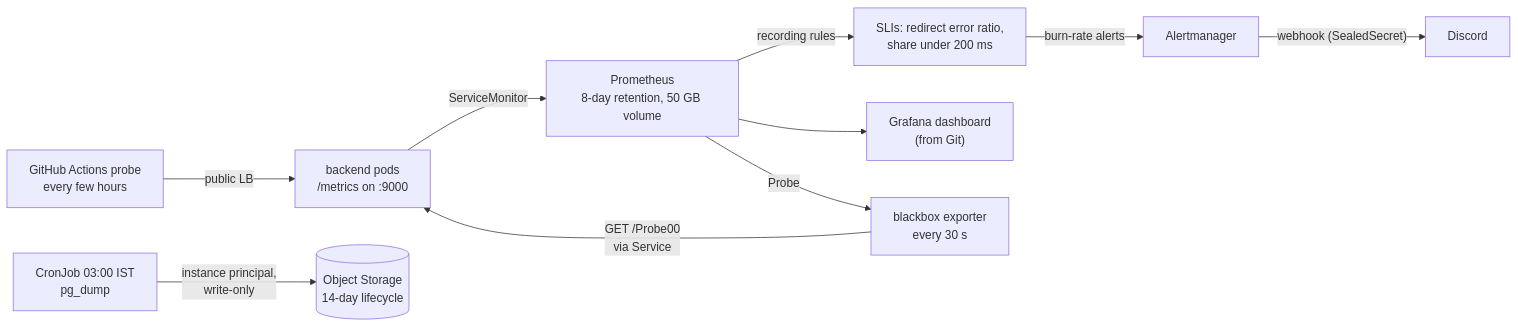
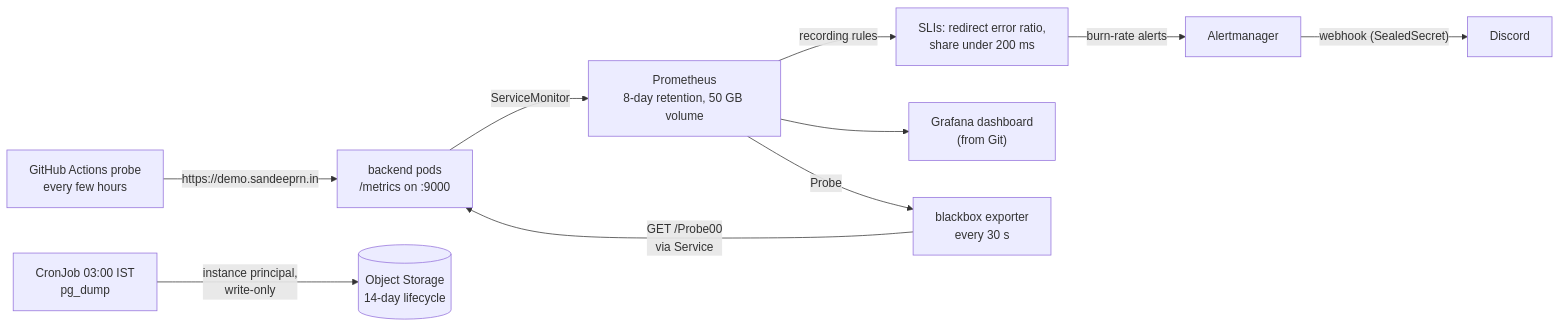
Before and after one commit to Sandeep-RN/oci-k8s-gitops-demo: the fifth of 7 diagrams in docs/architecture.md, drawn with Mermaid. The commit also changed other lines of this file and 3 other files, not shown here.

````diff
--- a/docs/architecture.md
+++ b/docs/architecture.md
@@ -187,12 +257,12 @@
 ```mermaid
 flowchart LR
     app["backend pods<br/>/metrics on :9000"] -->|"ServiceMonitor"| prom["Prometheus<br/>8-day retention, 50 GB volume"]
     prom -->|"recording rules"| sli["SLIs: redirect error ratio,<br/>share under 200 ms"]
     sli -->|"burn-rate alerts"| am["Alertmanager"]
     am -->|"webhook (SealedSecret)"| discord["Discord"]
     prom --> grafana["Grafana dashboard<br/>(from Git)"]
     bbx["blackbox exporter<br/>every 30 s"] -->|"GET /Probe00<br/>via Service"| app
     prom -->|"Probe"| bbx
-    probe["GitHub Actions probe<br/>every few hours"] -->|"public LB"| app
+    probe["GitHub Actions probe<br/>every few hours"] -->|"https://demo.sandeeprn.in"| app
     cron["CronJob 03:00 IST<br/>pg_dump"] -->|"instance principal,<br/>write-only"| bucket[("Object Storage<br/>14-day lifecycle")]
 ```
````
